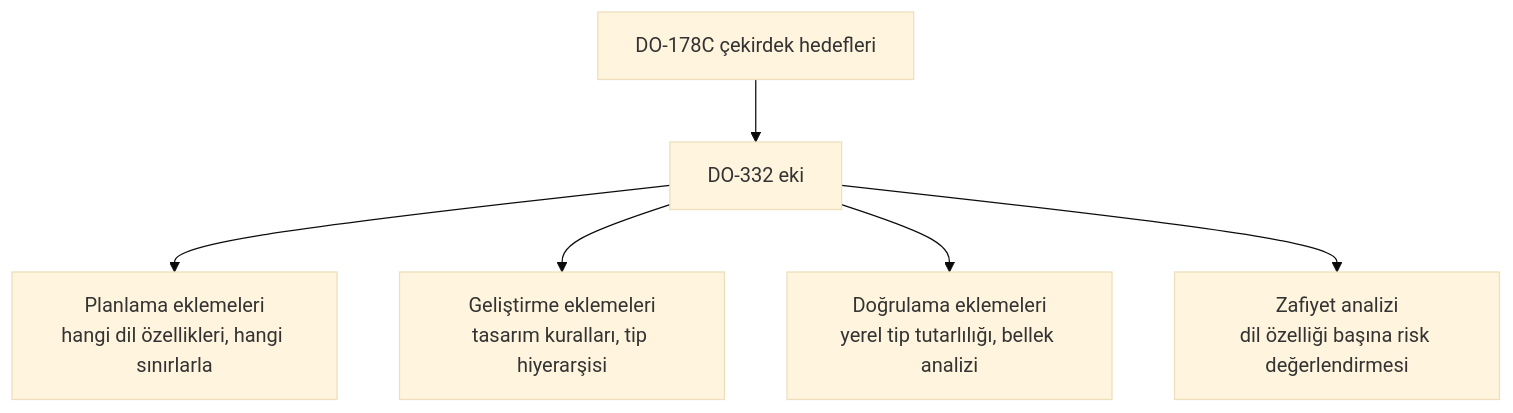
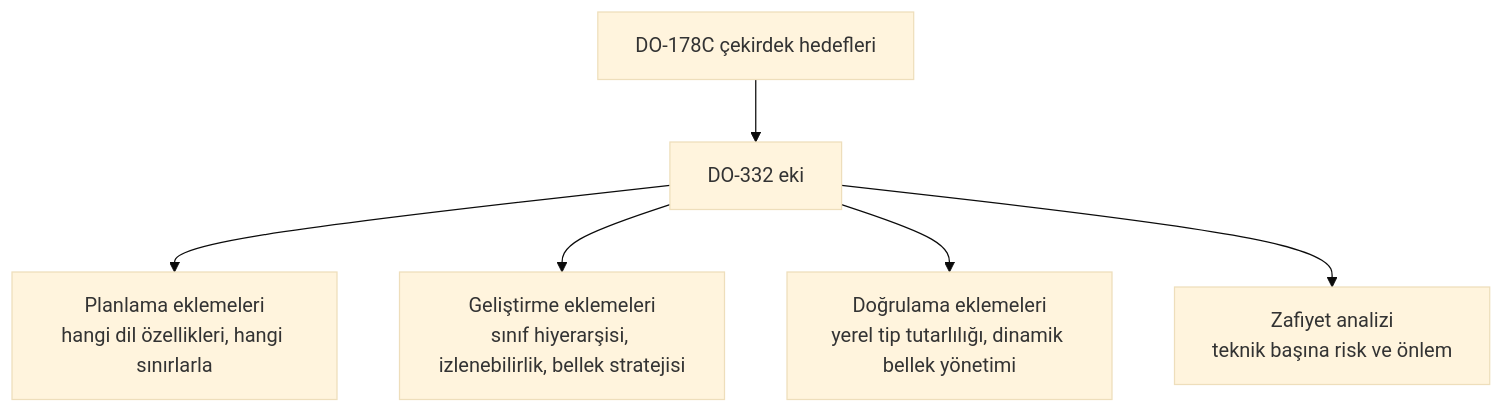
Before and after one commit to Mavrikant/aviyonikyazilim: the first of 2 diagrams in kitap/04-arac-kalifikasyonu-ve-ekler/15-do332-nesne-yonelimli-teknoloji.md, drawn with Mermaid (base theme). The commit also changed other lines of this file and 35 other files, not shown here.

````diff
--- a/kitap/04-arac-kalifikasyonu-ve-ekler/15-do332-nesne-yonelimli-teknoloji.md
+++ b/kitap/04-arac-kalifikasyonu-ve-ekler/15-do332-nesne-yonelimli-teknoloji.md
@@ -107,8 +84,8 @@
 ```mermaid
 flowchart TD
-    A[DO-178C çekirdek hedefleri] --> B[DO-332 eki]
-    B --> C[Planlama eklemeleri<br/>hangi dil özellikleri, hangi sınırlarla]
-    B --> D[Geliştirme eklemeleri<br/>tasarım kuralları, tip hiyerarşisi]
-    B --> E[Doğrulama eklemeleri<br/>yerel tip tutarlılığı, bellek analizi]
-    B --> F[Zafiyet analizi<br/>dil özelliği başına risk değerlendirmesi]
+    A["DO-178C çekirdek hedefleri"] --> B["DO-332 eki"]
+    B --> C["Planlama eklemeleri<br/>hangi dil özellikleri, hangi sınırlarla"]
+    B --> D["Geliştirme eklemeleri<br/>sınıf hiyerarşisi, izlenebilirlik, bellek stratejisi"]
+    B --> E["Doğrulama eklemeleri<br/>yerel tip tutarlılığı, dinamik bellek yönetimi"]
+    B --> F["Zafiyet analizi<br/>teknik başına risk ve önlem"]
 ```
````
